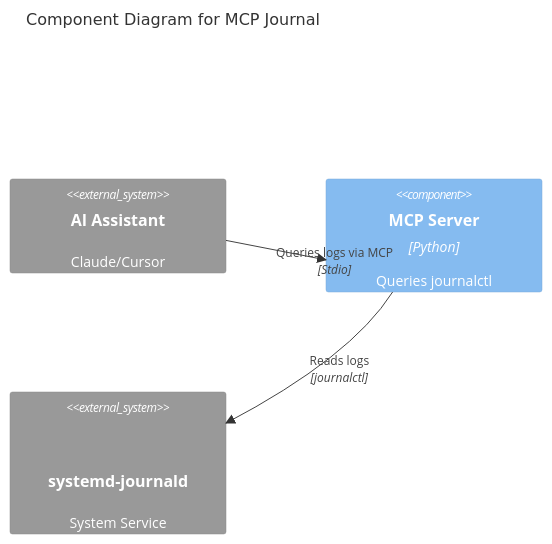
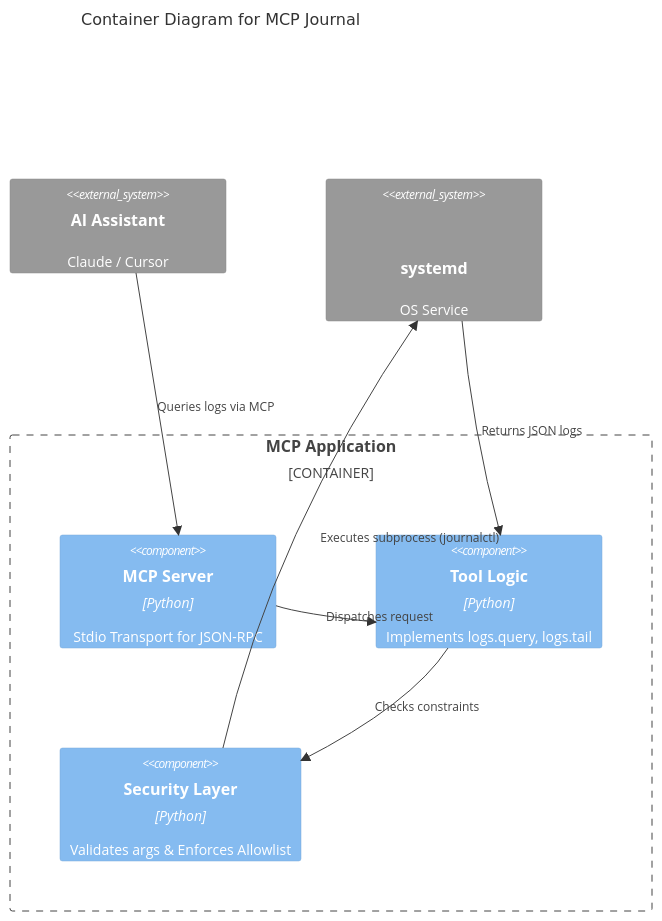
Before and after one commit to kcalvelli/kcalvelli-portal: the diagram in docs/mcp-journal.md, drawn with Mermaid. The commit also changed other lines of this file and 5 other files, not shown here.

Commit message:
Improve arch diagrams

````diff
--- a/docs/mcp-journal.md
+++ b/docs/mcp-journal.md
@@ -15,11 +15,20 @@
 ```mermaid
-C4Component
-    title Component Diagram for MCP Journal
+C4Container
+    title Container Diagram for MCP Journal
 
-    System_Ext(ai, "AI Assistant", "Claude/Cursor")
-    Component(mcp, "MCP Server", "Python", "Queries journalctl")
-    System_Ext(journald, "systemd-journald", "System Service", "Log storage")
+    System_Ext(ai, "AI Assistant", "Claude / Cursor")
+    
+    Container_Boundary(app, "MCP Application") {
+        Component(server, "MCP Server", "Python", "Stdio Transport for JSON-RPC")
+        Component(tools, "Tool Logic", "Python", "Implements logs.query, logs.tail")
+        Component(security, "Security Layer", "Python", "Validates args & Enforces Allowlist")
+    }
 
-    Rel(ai, mcp, "Queries logs via MCP", "Stdio")
-    Rel(mcp, journald, "Reads logs", "journalctl")
+    System_Ext(systemd, "systemd", "OS Service", "journalctl / systemctl")
+
+    Rel(ai, server, "Queries logs via MCP")
+    Rel(server, tools, "Dispatches request")
+    Rel(tools, security, "Checks constraints")
+    Rel(security, systemd, "Executes subprocess (journalctl)")
+    Rel(systemd, tools, "Returns JSON logs")
 ```
````
